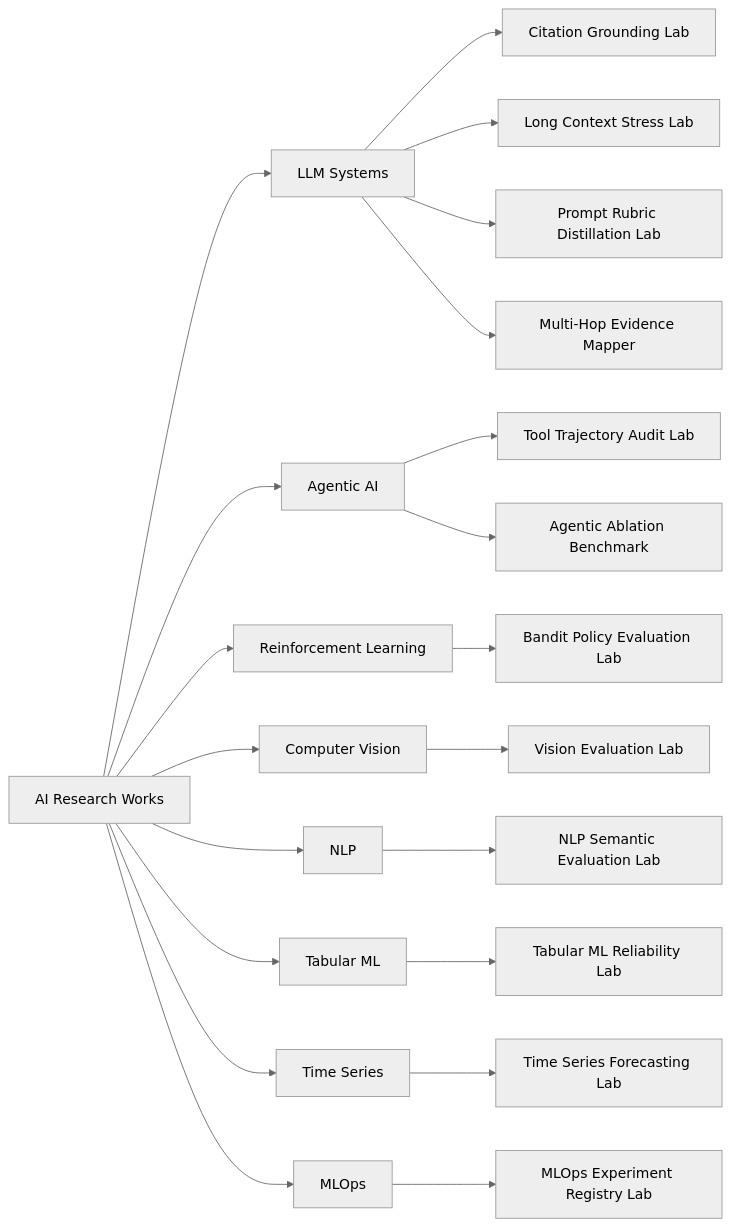
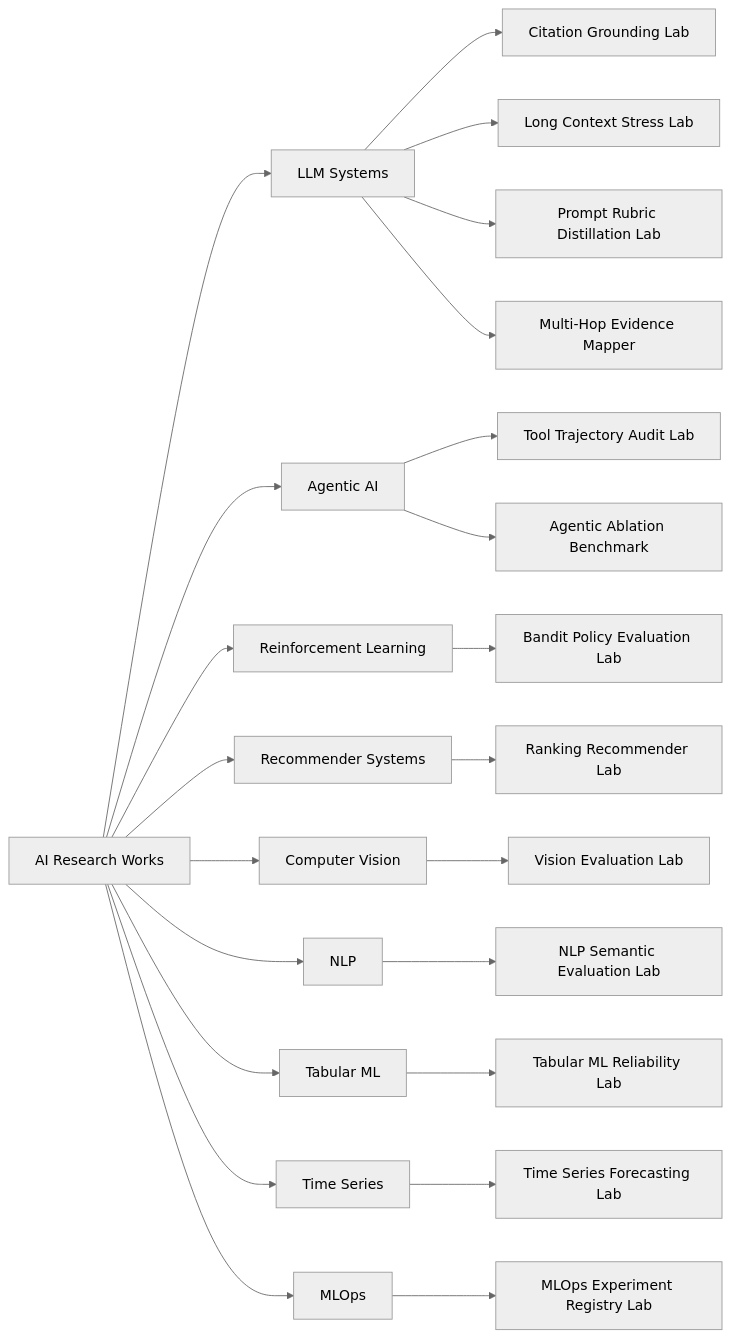
Before and after one commit to akifitu/ai-research-works: the diagram in README.md, drawn with Mermaid (neutral theme). The commit also changed other lines of this file and 20 other files, not shown here.

Commit message:
Add ranking recommender lab

````diff
--- a/README.md
+++ b/README.md
@@ -24,23 +24,25 @@
 ```mermaid
 flowchart LR
     Repo[AI Research Works] --> LLM[LLM Systems]
     Repo --> Agents[Agentic AI]
     Repo --> RL[Reinforcement Learning]
+    Repo --> RS[Recommender Systems]
     Repo --> CV[Computer Vision]
     Repo --> NLP[NLP]
     Repo --> ML[Tabular ML]
     Repo --> TS[Time Series]
     Repo --> MLOps[MLOps]
     LLM --> CGL[Citation Grounding Lab]
     LLM --> LCSL[Long Context Stress Lab]
     LLM --> PRDL[Prompt Rubric Distillation Lab]
     LLM --> MHEM[Multi-Hop Evidence Mapper]
     Agents --> TTAL[Tool Trajectory Audit Lab]
     Agents --> AAB[Agentic Ablation Benchmark]
     RL --> BPEL[Bandit Policy Evaluation Lab]
+    RS --> RRL[Ranking Recommender Lab]
     CV --> VEL[Vision Evaluation Lab]
     NLP --> NSEL[NLP Semantic Evaluation Lab]
     ML --> TMRL[Tabular ML Reliability Lab]
     TS --> TSFL[Time Series Forecasting Lab]
     MLOps --> MERL[MLOps Experiment Registry Lab]
 ```
````
